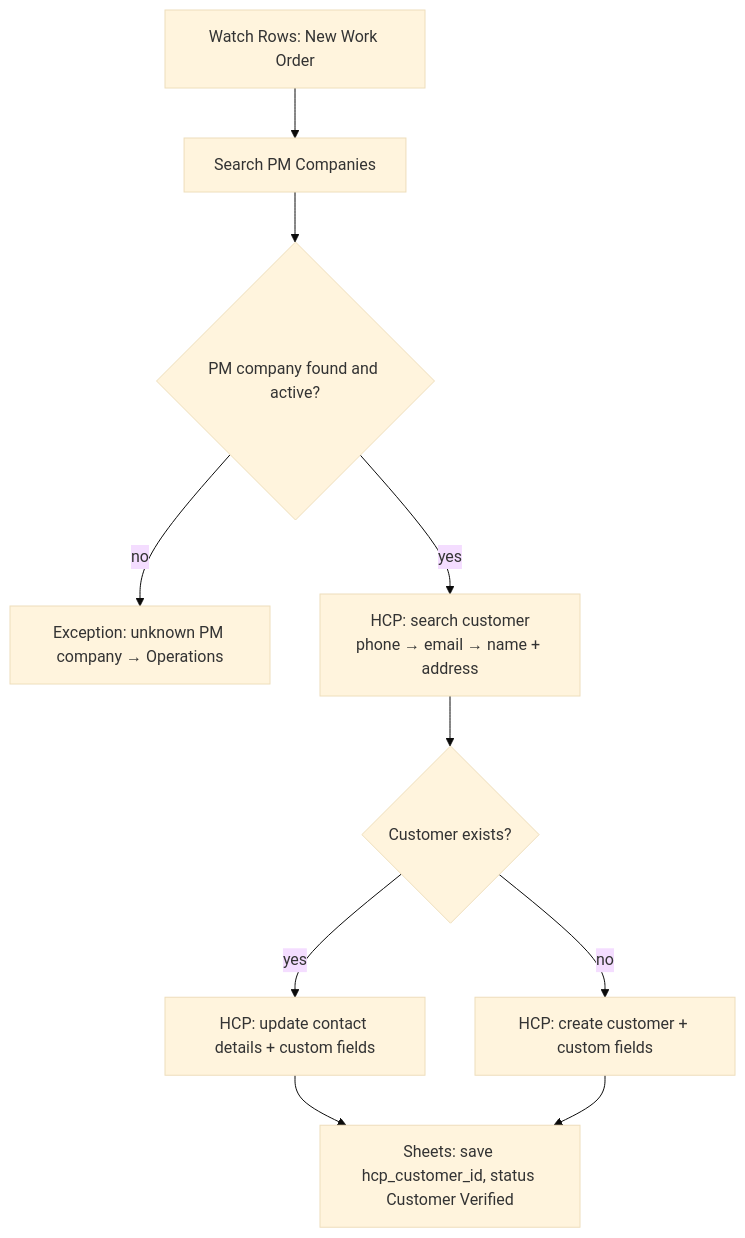
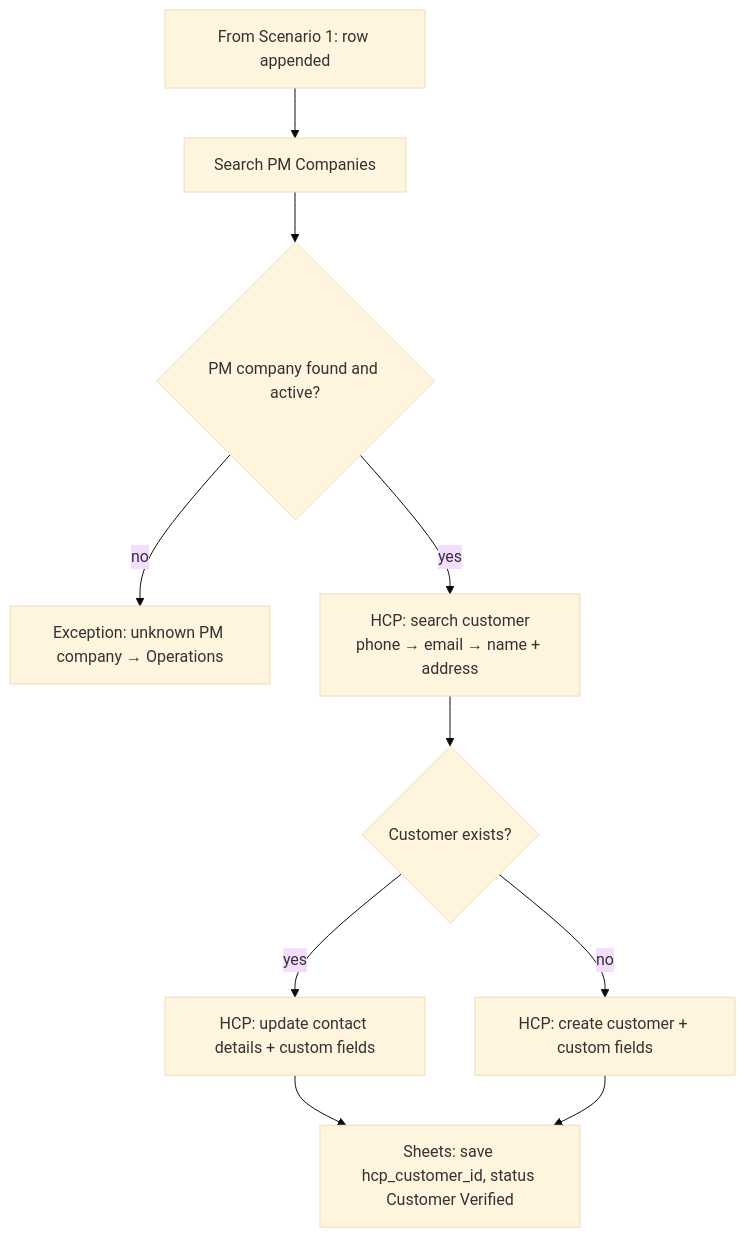
The diagram in docs/scenarios/02-tenant-verification.md (mariafe-jmbrandify/ai-property-maintenance-automation), drawn with Mermaid (base theme) before and after one commit. The commit also changed other lines of this file and 35 other files, not shown here.

````diff
--- a/docs/scenarios/02-tenant-verification.md
+++ b/docs/scenarios/02-tenant-verification.md
@@ -17,12 +17,12 @@
 ```mermaid
 flowchart TD
-    A[Watch Rows: New Work Order] --> B[Search PM Companies]
+    A[From Scenario 1: row appended] --> B[Search PM Companies]
     B --> C{PM company found and active?}
     C -- no --> X[Exception: unknown PM company → Operations]
     C -- yes --> D[HCP: search customer<br/>phone → email → name + address]
     D --> E{Customer exists?}
     E -- yes --> F[HCP: update contact details + custom fields]
     E -- no --> G[HCP: create customer + custom fields]
     F --> H[Sheets: save hcp_customer_id, status Customer Verified]
     G --> H
 ```
````
